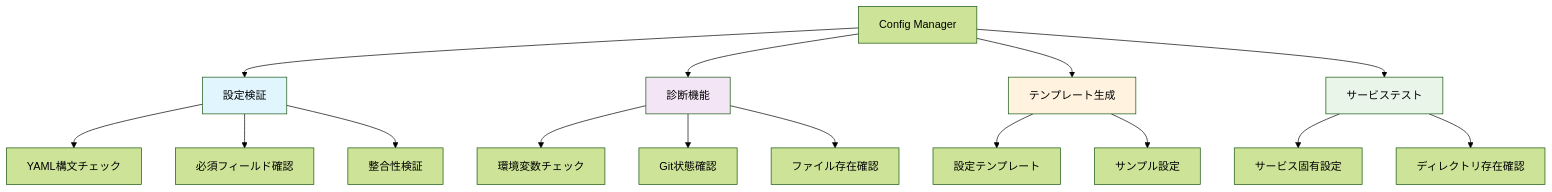
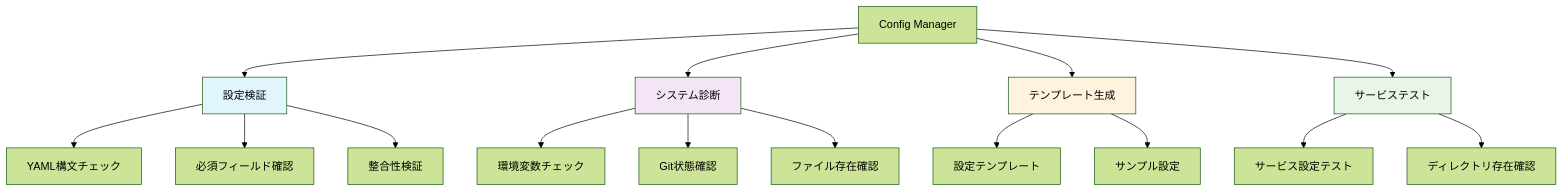
The first of 4 diagrams in .github/scripts/config-manager/README.md (panicboat/monorepo), drawn with Mermaid (forest theme) before and after one commit. The commit also changed other lines of this file and 5 other files, not shown here.

````diff
--- a/.github/scripts/config-manager/README.md
+++ b/.github/scripts/config-manager/README.md
@@ -9,26 +9,26 @@
 ```mermaid
 graph TD
     A[Config Manager] --> B[設定検証]
-    A --> C[診断機能]
+    A --> C[システム診断]
     A --> D[テンプレート生成]
     A --> E[サービステスト]
 
     B --> F[YAML構文チェック]
     B --> G[必須フィールド確認]
     B --> H[整合性検証]
 
     C --> I[環境変数チェック]
     C --> J[Git状態確認]
     C --> K[ファイル存在確認]
 
     D --> L[設定テンプレート]
     D --> M[サンプル設定]
 
-    E --> N[サービス固有設定]
+    E --> N[サービス設定テスト]
     E --> O[ディレクトリ存在確認]
 
     style B fill:#e1f5fe
     style C fill:#f3e5f5
     style D fill:#fff3e0
     style E fill:#e8f5e8
 ```
````
